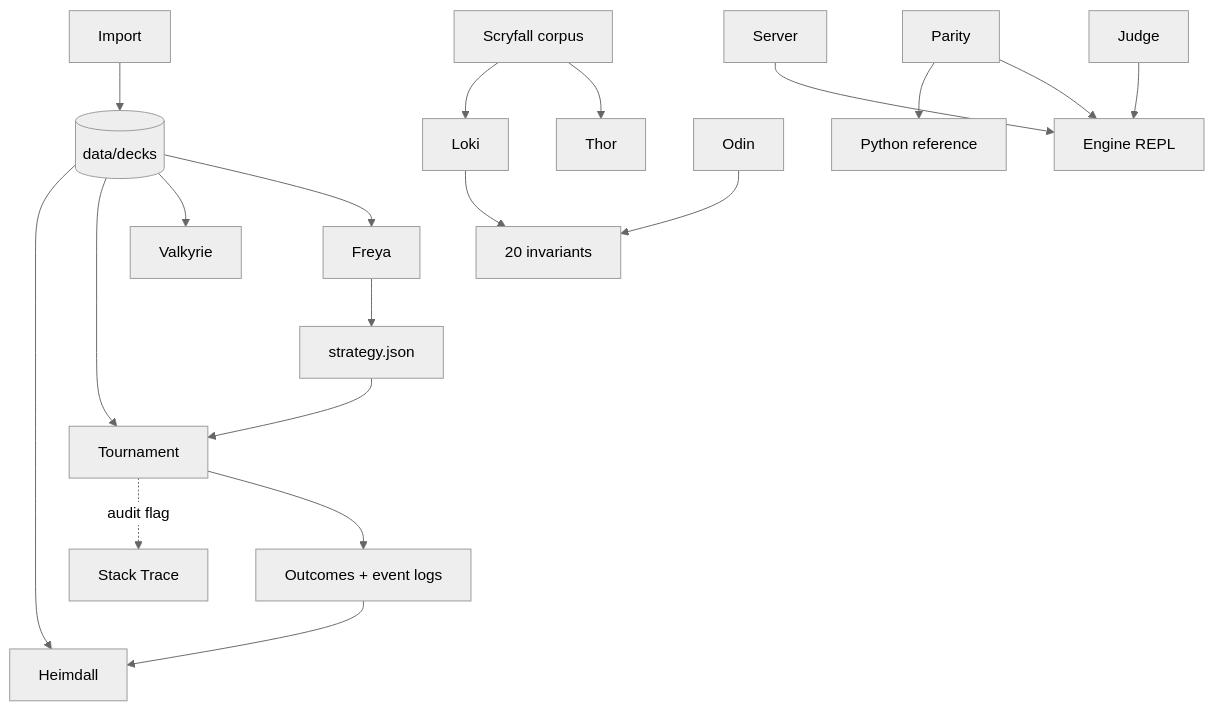
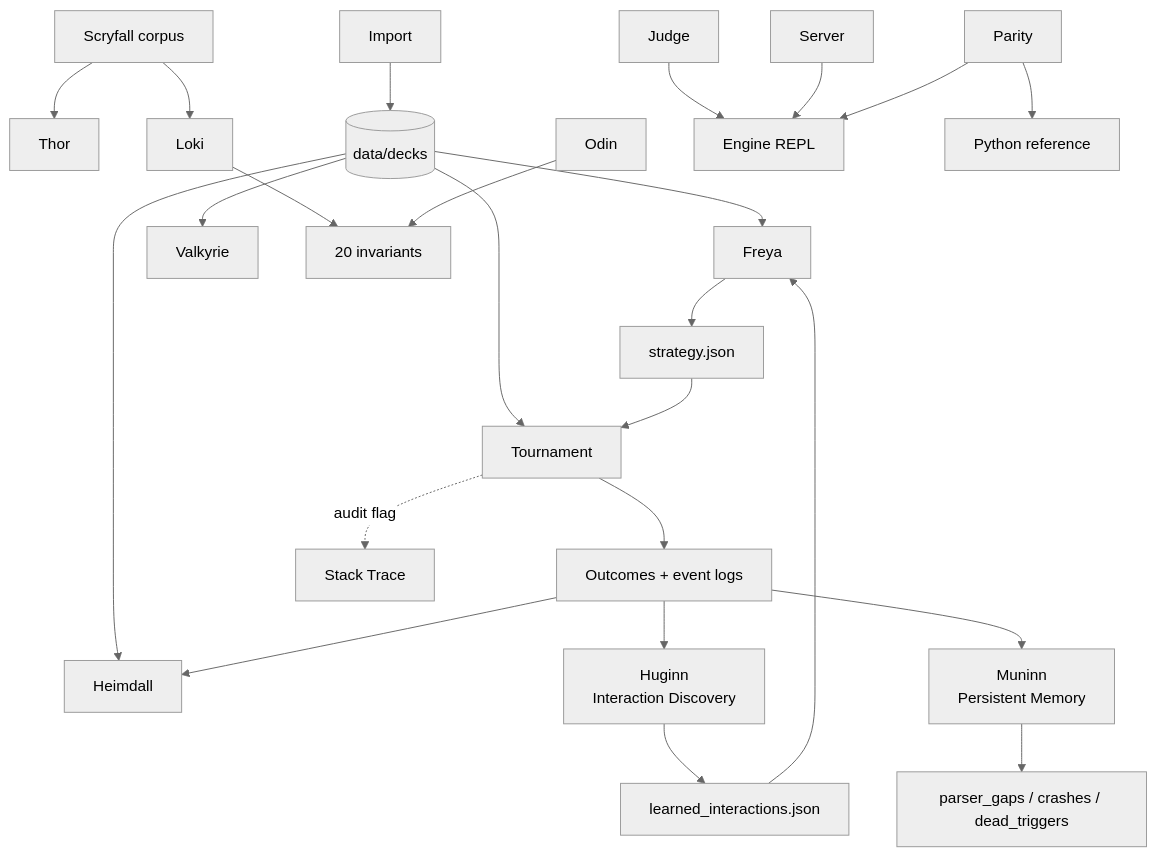
Before and after one commit to HexDek/HexDek: the diagram in docs/architecture/Tool Suite.md, drawn with Mermaid (neutral theme). The commit also changed other lines of this file and 2 other files, not shown here.

First line of the commit message:
docs: add Huginn and Muninn architecture docs

````diff
--- a/docs/architecture/Tool Suite.md
+++ b/docs/architecture/Tool Suite.md
@@ -27,21 +29,26 @@
 ```mermaid
 flowchart TD
     Scry[Scryfall corpus] --> Thor
     Scry --> Loki
     Import --> Decks[(data/decks)]
     Decks --> Freya
     Decks --> Valkyrie
     Decks --> Tournament
     Decks --> Heimdall
     Freya --> Strategy[strategy.json]
     Strategy --> Tournament
     Tournament --> Outcomes[Outcomes + event logs]
     Outcomes --> Heimdall
+    Outcomes --> Huginn[Huginn<br/>Interaction Discovery]
+    Outcomes --> Muninn[Muninn<br/>Persistent Memory]
+    Huginn --> Learned[learned_interactions.json]
+    Learned --> Freya
+    Muninn --> Gaps[parser_gaps / crashes / dead_triggers]
     Loki --> Invariants[20 invariants]
     Odin --> Invariants
     Tournament -. audit flag .-> StackTrace[Stack Trace]
     Judge --> Engine[Engine REPL]
     Server --> Engine
     Parity --> Engine
     Parity --> Python[Python reference]
 ```
````
